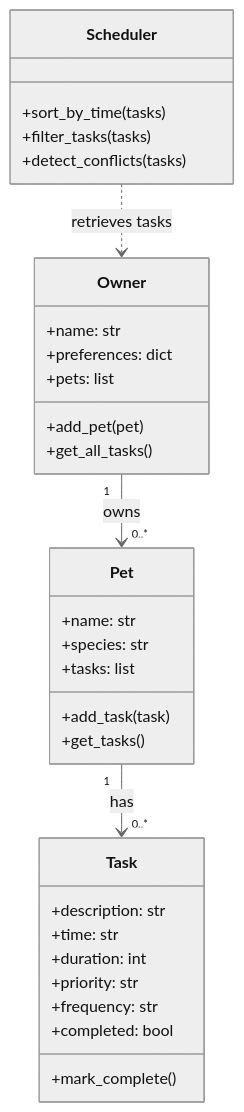
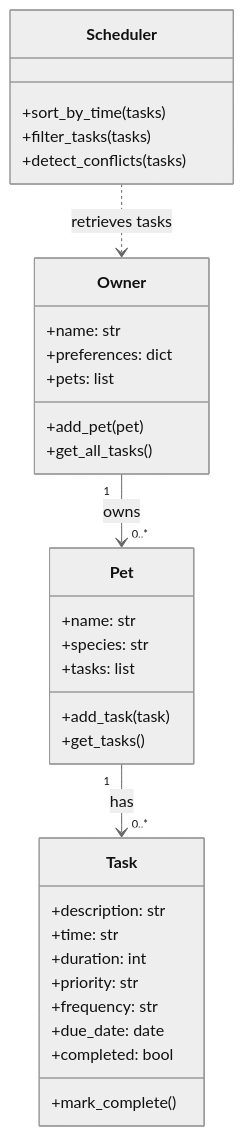
One commit to howardwilliams108/ai110-module2show-pawpal-starter changed the diagram in diagrams/uml.mmd. Above: the diagram before and after it, drawn with Mermaid (neutral theme). The commit also changed 5 other files, not shown here.

```diff
--- a/diagrams/uml.mmd
+++ b/diagrams/uml.mmd
@@ -1,37 +1,38 @@
 
 classDiagram
     class Owner {
         +name: str
         +preferences: dict
         +pets: list
         +add_pet(pet)
         +get_all_tasks()
     }
 
     class Pet {
         +name: str
         +species: str
         +tasks: list
         +add_task(task)
         +get_tasks()
     }
 
     class Task {
         +description: str
         +time: str
         +duration: int
         +priority: str
         +frequency: str
+        +due_date: date
         +completed: bool
         +mark_complete()
     }
 
     class Scheduler {
         +sort_by_time(tasks)
         +filter_tasks(tasks)
         +detect_conflicts(tasks)
     }
 
     Owner "1" --> "0..*" Pet : owns
     Pet "1" --> "0..*" Task : has
     Scheduler ..> Owner : retrieves tasks
```
